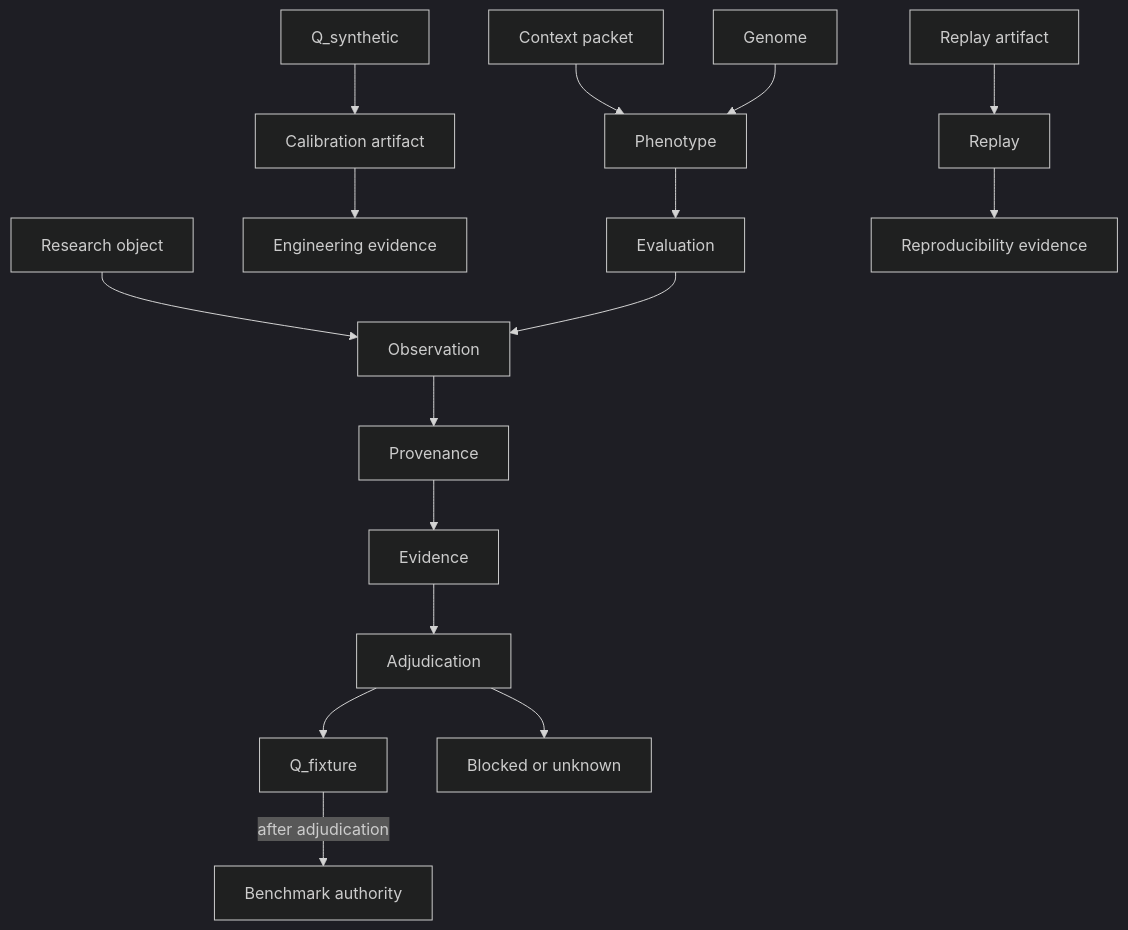
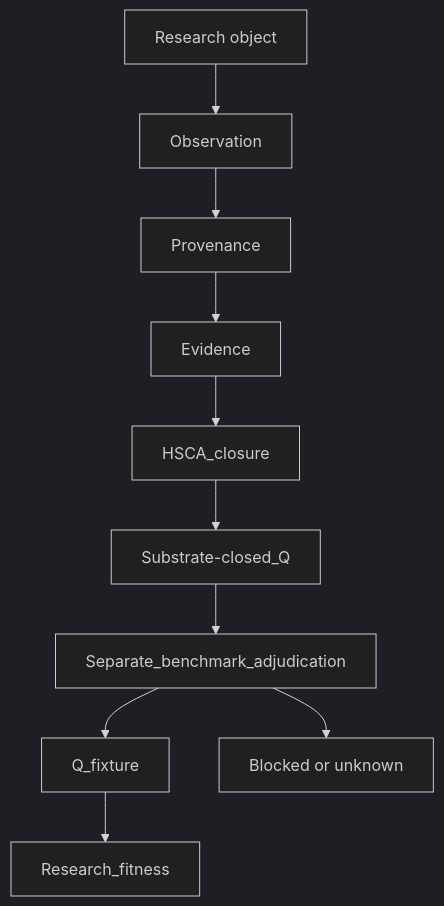
One commit to egallmann/ste-handbook changed the first of 2 diagrams in 14-research/research/mvc/02-methodology/evolution-methodology-v2.md. Above: the diagram before and after it, drawn with Mermaid (dark theme). The commit also changed other lines of this file and 26 other files, not shown here.

First line of the commit message:
docs: establish Research Apparatus as Part 14 doctrine

````diff
--- a/14-research/research/mvc/02-methodology/evolution-methodology-v2.md
+++ b/14-research/research/mvc/02-methodology/evolution-methodology-v2.md
@@ -91,18 +91,12 @@
 ```mermaid
 flowchart TD
   researchObject[Research object] --> observation[Observation]
   observation --> provenance[Provenance]
   provenance --> evidence[Evidence]
-  evidence --> adjudication[Adjudication]
-  adjudication --> qFixture["Q_fixture"]
-  adjudication --> blocked[Blocked or unknown]
-  qSynthetic["Q_synthetic"] --> calibration[Calibration artifact]
-  calibration --> apparatusEvidence[Engineering evidence]
-  contextPacket[Context packet] --> phenotype[Phenotype]
-  genome[Genome] --> phenotype
-  phenotype --> evaluation[Evaluation]
-  evaluation --> observation
-  replayArtifact[Replay artifact] --> replay[Replay]
-  replay --> reproducibilityEvidence[Reproducibility evidence]
-  qFixture -->|"after adjudication"| benchmarkAuthority[Benchmark authority]
+  evidence --> hscaClosure[HSCA_closure]
+  hscaClosure --> substrateQ["Substrate-closed_Q"]
+  substrateQ --> benchAdj[Separate_benchmark_adjudication]
+  benchAdj --> qFixture["Q_fixture"]
+  benchAdj --> blocked[Blocked or unknown]
+  qFixture --> fitness[Research_fitness]
 ```
````
